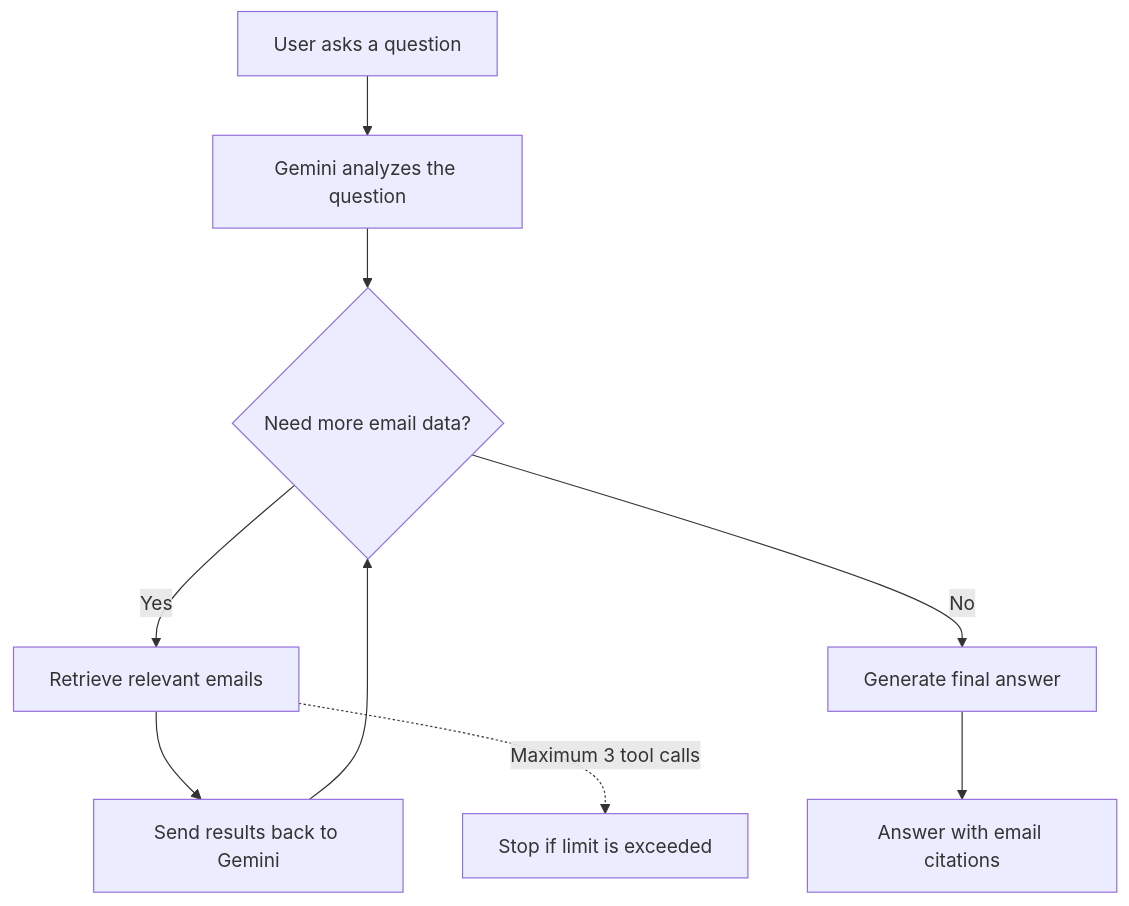
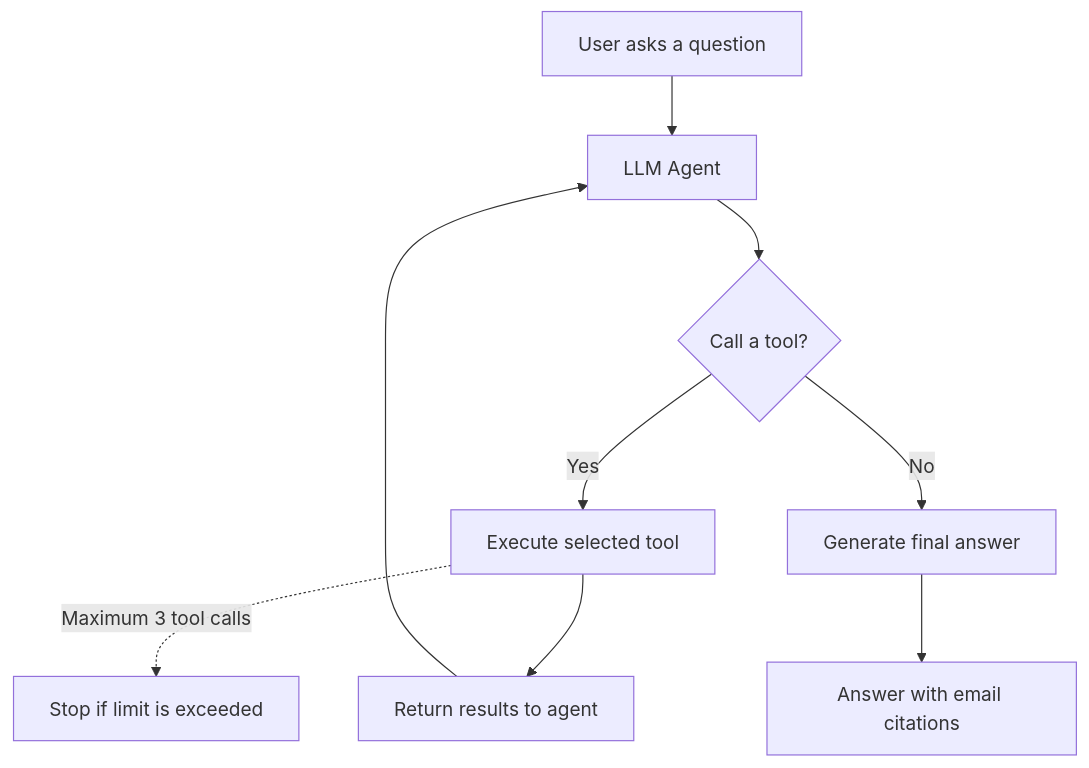
One commit to jaheer2322/InboxIntelligence changed the diagram in README.md. Above: the diagram before and after it, drawn with Mermaid.

Commit message:
Revise flowchart for V2 Agentic Retrieval Flow
Updated the flowchart to reflect changes in the agent's process, including tool calls and execution.

````diff
--- a/README.md
+++ b/README.md
@@ -11,12 +11,14 @@
 ```mermaid
 flowchart TD
-    A[User asks a question] --> B[Gemini analyzes the question]
-    B --> C{Need more email data?}
-    C -- Yes --> D[Retrieve relevant emails]
-    D --> E[Send results back to Gemini]
-    E --> C
+    A[User asks a question] --> B[LLM Agent]
+    B --> C{Call a tool?}
+
+    C -- Yes --> D[Execute selected tool]
+    D --> E[Return results to agent]
+    E --> B
+
     C -- No --> F[Generate final answer]
     F --> G[Answer with email citations]
-    
+
     D -. Maximum 3 tool calls .-> H[Stop if limit is exceeded]
 ```
````
